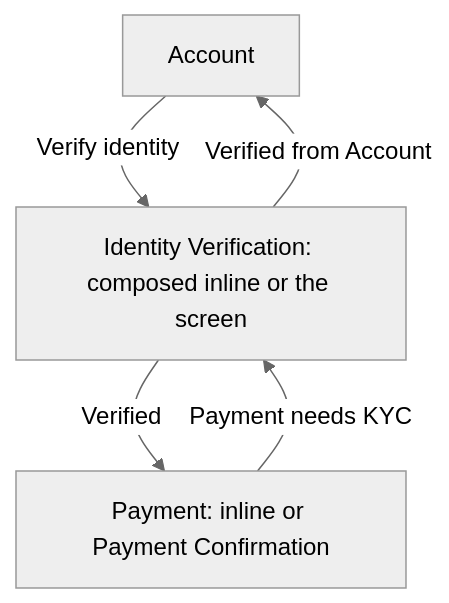
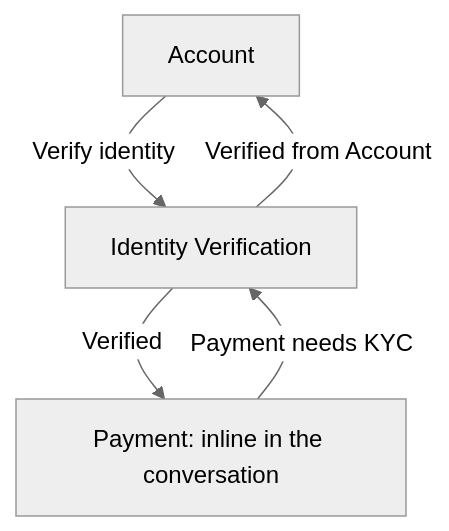
Before and after one commit to vanguard-op/sabi-docs: the fifth of 9 diagrams in Sabi/user-flow.md, drawn with Mermaid (neutral theme). The commit also changed other lines of this file and 11 other files, not shown here.

First line of the commit message:
docs(sabi): complete tasks inline in the conversation; drop Payment Confirmation

````diff
--- a/Sabi/user-flow.md
+++ b/Sabi/user-flow.md
@@ -282,7 +280,7 @@
 ```mermaid
 graph TD
-    A[Account] -->|Verify identity| V[Identity Verification: composed inline or the screen]
-    C[Payment: inline or Payment Confirmation] -->|Payment needs KYC| V
+    A[Account] -->|Verify identity| V[Identity Verification]
+    C[Payment: inline in the conversation] -->|Payment needs KYC| V
     V -->|Verified| C
     V -->|Verified from Account| A
 ```
````
